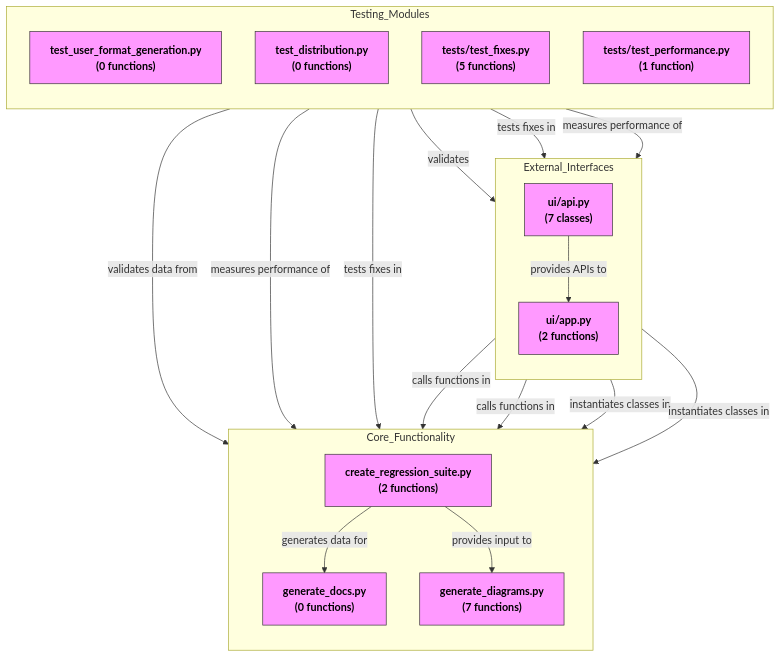
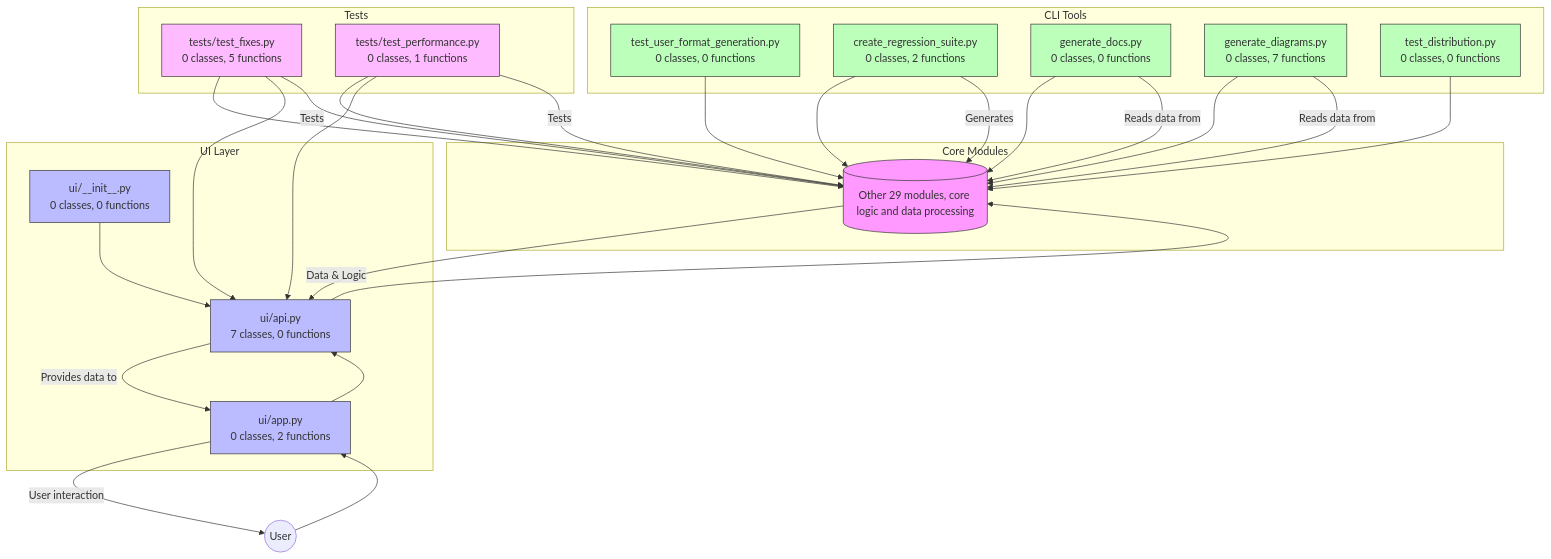
The sixth of 6 diagrams in docs/architecture-diagrams.md (AmarJagtap-BTS/test-case-rag), drawn with Mermaid before and after one commit. The commit also changed other lines of this file and 1 other file, not shown here.

Commit message:
Auto update documentation

````diff
--- a/docs/architecture-diagrams.md
+++ b/docs/architecture-diagrams.md
@@ -363,49 +363,74 @@
 ```mermaid
 graph TD
-  %% System Architecture Layers
-  subgraph External_Interfaces
-    direction TB
-    UI_api["ui/api.py\n(7 classes)"]
-    UI_app["ui/app.py\n(2 functions)"]
+  %% System Architecture Layering
+  subgraph CLI Tools
+    A_test_user_format_generation[test_user_format_generation.py\n0 classes, 0 functions]
+    A_create_regression_suite[create_regression_suite.py\n0 classes, 2 functions]
+    A_generate_docs[generate_docs.py\n0 classes, 0 functions]
+    A_generate_diagrams[generate_diagrams.py\n0 classes, 7 functions]
+    A_test_distribution[test_distribution.py\n0 classes, 0 functions]
   end
 
-  subgraph Core_Functionality
-    direction TB
-    Create_Regression["create_regression_suite.py\n(2 functions)"]
-    Generate_Docs["generate_docs.py\n(0 functions)"]
-    Generate_Diagrams["generate_diagrams.py\n(7 functions)"]
+  subgraph UI Layer
+    B_api[ui/api.py\n7 classes, 0 functions]
+    B_init[ui/__init__.py\n0 classes, 0 functions]
+    B_app[ui/app.py\n0 classes, 2 functions]
   end
 
-  subgraph Testing_Modules
-    direction TB
-    Test_User_Format["test_user_format_generation.py\n(0 functions)"]
-    Test_Distribution["test_distribution.py\n(0 functions)"]
-    Test_Fixes["tests/test_fixes.py\n(5 functions)"]
-    Test_Performance["tests/test_performance.py\n(1 function)"]
+  subgraph Tests
+    C_test_fixes[tests/test_fixes.py\n0 classes, 5 functions]
+    C_test_performance[tests/test_performance.py\n0 classes, 1 functions]
   end
 
-  %% Relationships and Data Flow
+  %% Assume data storage or core modules exist but abstracted
+  subgraph Core Modules
+    D_core_modules[(Other 29 modules, core logic and data processing)]
+  end
 
-  %% UI layer uses core functionality
-  UI_app -->|calls functions in| Create_Regression
-  UI_app -->|calls functions in| Generate_Diagrams
-  UI_api -->|instantiates classes in| Create_Regression
-  UI_api -->|instantiates classes in| Generate_Diagrams
-  UI_api -->|provides APIs to| UI_app
+  %% System Architecture connections (component interactions)
+  A_create_regression_suite --> D_core_modules
+  A_generate_docs --> D_core_modules
+  A_generate_diagrams --> D_core_modules
+  A_test_distribution --> D_core_modules
+  A_test_user_format_generation --> D_core_modules
 
-  %% Core modules interactions
-  Create_Regression -->|generates data for| Generate_Docs
-  Create_Regression -->|provides input to| Generate_Diagrams
+  B_app --> B_api
+  B_api --> D_core_modules
+  B_init --> B_api
 
-  %% Testing modules validate core & UI
-  Test_User_Format -->|validates| UI_api
-  Test_Distribution -->|validates data from| Create_Regression
-  Test_Fixes -->|tests fixes in| Core_Functionality
-  Test_Fixes -->|tests fixes in| UI_api
-  Test_Performance -->|measures performance of| UI_api
-  Test_Performance -->|measures performance of| Create_Regression
+  C_test_fixes --> D_core_modules
+  C_test_performance --> D_core_modules
+  C_test_fixes --> B_api
+  C_test_performance --> B_api
 
-  %% Notes
-  classDef module fill:#f9f,stroke:#333,stroke-width:1px,color:#000,font-weight:bold
-  class UI_api,UI_app,Create_Regression,Generate_Docs,Generate_Diagrams,Test_User_Format,Test_Distribution,Test_Fixes,Test_Performance module
+  %% Data flow (simplified arrows showing flow direction)
+  A_create_regression_suite -->|Generates| D_core_modules
+  D_core_modules -->|Data & Logic| B_api
+  B_api -->|Provides data to| B_app
+  B_app -->|User interaction| ui_user((User))
+
+  C_test_fixes -->|Tests| D_core_modules
+  C_test_performance -->|Tests| D_core_modules
+
+  A_generate_docs -->|Reads data from| D_core_modules
+  A_generate_diagrams -->|Reads data from| D_core_modules
+
+  %% User interaction
+  ui_user --> B_app
+
+  %% Additional annotations for clarity
+  click A_create_regression_suite "https://example.com/create_regression_suite.py" "Open create_regression_suite.py"
+  click B_api "https://example.com/ui/api.py" "Open ui/api.py"
+  click C_test_fixes "https://example.com/tests/test_fixes.py" "Open tests/test_fixes.py"
+
+  classDef core fill:#f9f,stroke:#333,stroke-width:1px;
+  classDef ui fill:#bbf,stroke:#333,stroke-width:1px;
+  classDef cli fill:#bfb,stroke:#333,stroke-width:1px;
+  classDef tests fill:#fbf,stroke:#333,stroke-width:1px;
+
+  class D_core_modules core;
+  class B_api,B_init,B_app ui;
+  class A_test_user_format_generation,A_create_regression_suite,A_generate_docs,A_generate_diagrams,A_test_distribution cli;
+  class C_test_fixes,C_test_performance tests;
+
 ```
````
